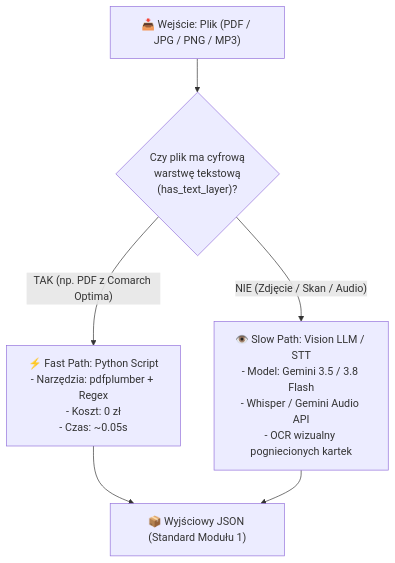
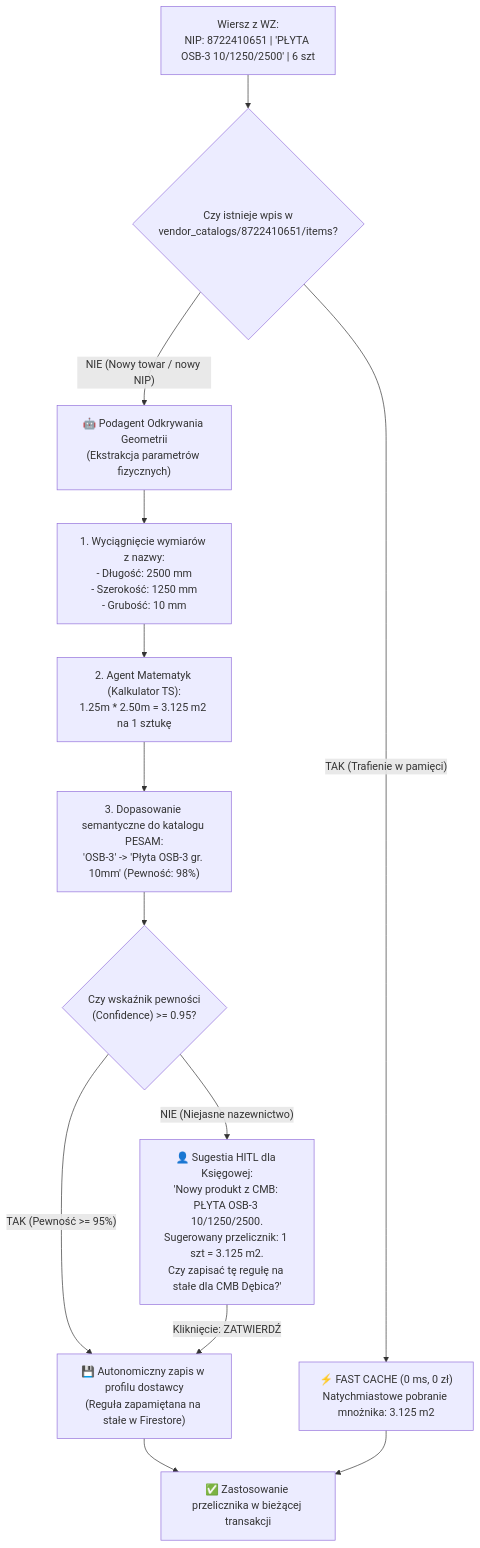
The third of 6 diagrams in biuro-ai.md (pesamfinal-svg/pesamsystem), drawn with Mermaid before and after one commit. The commit also changed other lines of this file and 17 other files, not shown here.

````diff
--- a/biuro-ai.md
+++ b/biuro-ai.md
@@ -61,10 +154,24 @@
 ```mermaid
 flowchart TD
-    IN["📥 Wejście: Plik (PDF / JPG / PNG / MP3)"] --> DET{"Czy plik ma cyfrową\nwarstwę tekstową\n(has_text_layer)?"}
+    IN["Wiersz z WZ:\nNIP: 8722410651 | 'PŁYTA OSB-3 10/1250/2500' | 6 szt"] --> CHECK{"Czy istnieje wpis w\nvendor_catalogs/8722410651/items?"}
+
+    CHECK -->|"TAK (Trafienie w pamięci)"| CACHE_HIT["⚡ FAST CACHE (0 ms, 0 zł)\nNatychmiastowe pobranie mnożnika: 3.125 m2"]
+
+    CHECK -->|"NIE (Nowy towar / nowy NIP)"| DISCOVERY["🤖 Podagent Odkrywania Geometrii\n(Ekstrakcja parametrów fizycznych)"]
+
+    DISCOVERY --> PARSE["1. Wyciągnięcie wymiarów z nazwy:\n- Długość: 2500 mm\n- Szerokość: 1250 mm\n- Grubość: 10 mm"]
+
+    PARSE --> MATH["2. Agent Matematyk (Kalkulator TS):\n1.25m * 2.50m = 3.125 m2 na 1 sztukę"]
+
+    MATH --> EMBED["3. Dopasowanie semantyczne do katalogu PESAM:\n'OSB-3' -> 'Płyta OSB-3 gr. 10mm' (Pewność: 98%)"]
+
+    EMBED --> CONF_CHECK{"Czy wskaźnik pewności\n(Confidence) >= 0.95?"}
+
+    CONF_CHECK -->|"TAK (Pewność >= 95%)"| AUTO_LEARN["💾 Autonomiczny zapis w profilu dostawcy\n(Reguła zapamiętana na stałe w Firestore)"]
     
-    DET -->|"TAK (np. PDF z Comarch Optima)"| FAST["⚡ Fast Path: Python Script\n- Narzędzia: pdfplumber + Regex\n- Koszt: 0 zł\n- Czas: ~0.05s"]
-    DET -->|"NIE (Zdjęcie / Skan / Audio)"| SLOW["👁️ Slow Path: Vision LLM / STT\n- Model: Gemini 3.5 / 3.8 Flash\n- Whisper / Gemini Audio API\n- OCR wizualny pogniecionych kartek"]
+    CONF_CHECK -->|"NIE (Niejasne nazewnictwo)"| HITL_PROMPT["👤 Sugestia HITL dla Księgowej:\n'Nowy produkt z CMB: PŁYTA OSB-3 10/1250/2500.\nSugerowany przelicznik: 1 szt = 3.125 m2.\nCzy zapisać tę regułę na stałe dla CMB Dębica?'"]
 
-    FAST --> OUT["📦 Wyjściowy JSON (Standard Modułu 1)"]
-    SLOW --> OUT
+    HITL_PROMPT -->|"Kliknięcie: ZATWIERDŹ"| AUTO_LEARN
+    AUTO_LEARN --> READY["✅ Zastosowanie przelicznika w bieżącej transakcji"]
+    CACHE_HIT --> READY
 ```
````
